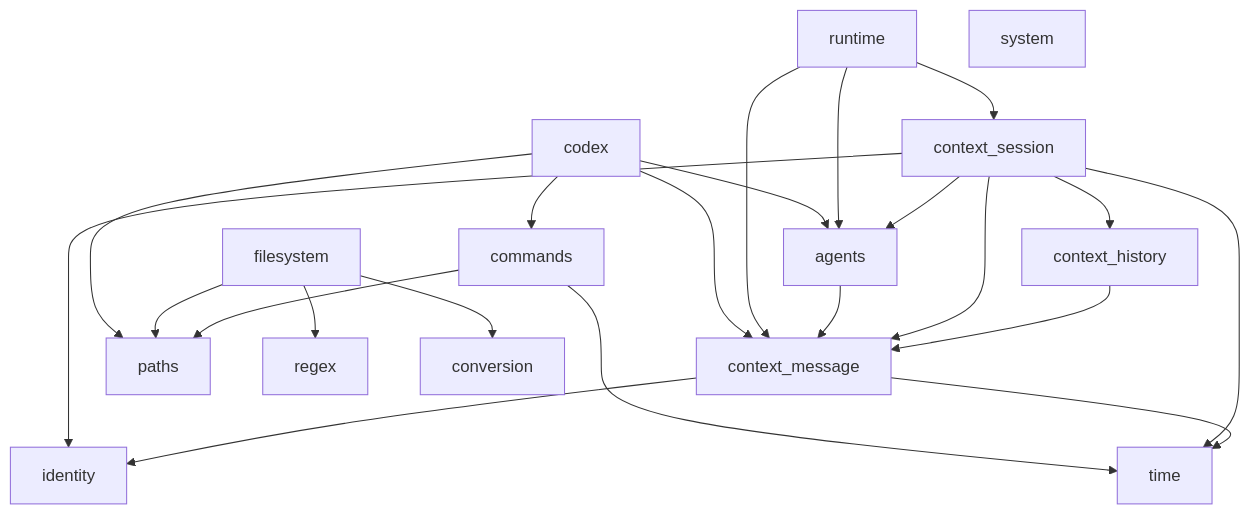
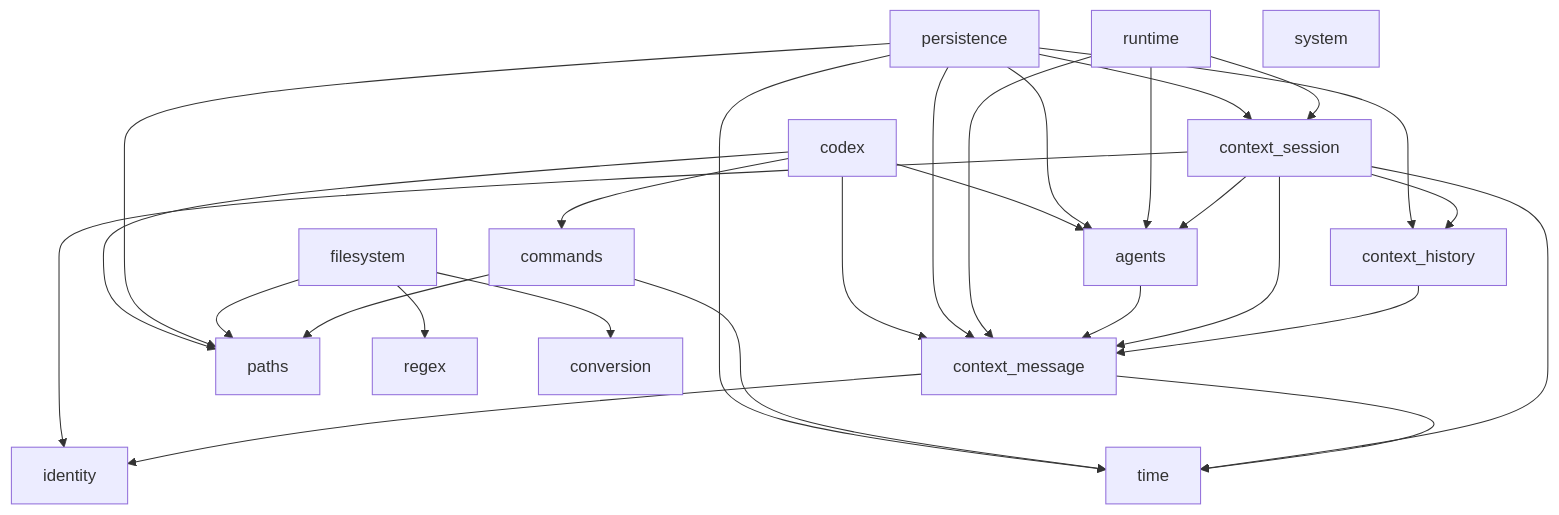
Before and after one commit to asmith662/devtools: the diagram in docs/architecture.md, drawn with Mermaid. The commit also changed other lines of this file and 16 other files, not shown here.

````diff
--- a/docs/architecture.md
+++ b/docs/architecture.md
@@ -49,31 +51,38 @@
 ```mermaid
 graph TD
     context_message --> identity
     context_message --> time
     context_history --> context_message
     context_session --> context_message
     context_session --> context_history
     context_session --> identity
     context_session --> time
     context_session --> agents
 
     commands --> paths
     commands --> time
 
     filesystem --> paths
     filesystem --> regex
     filesystem --> conversion
 
     agents --> context_message
     runtime --> agents
     runtime --> context_message
     runtime --> context_session
 
+    persistence --> agents
+    persistence --> context_message
+    persistence --> context_history
+    persistence --> context_session
+    persistence --> time
+    persistence --> paths
+
     codex --> agents
     codex --> context_message
     codex --> commands
     codex --> paths
 
     identity
     system
 ```
````
